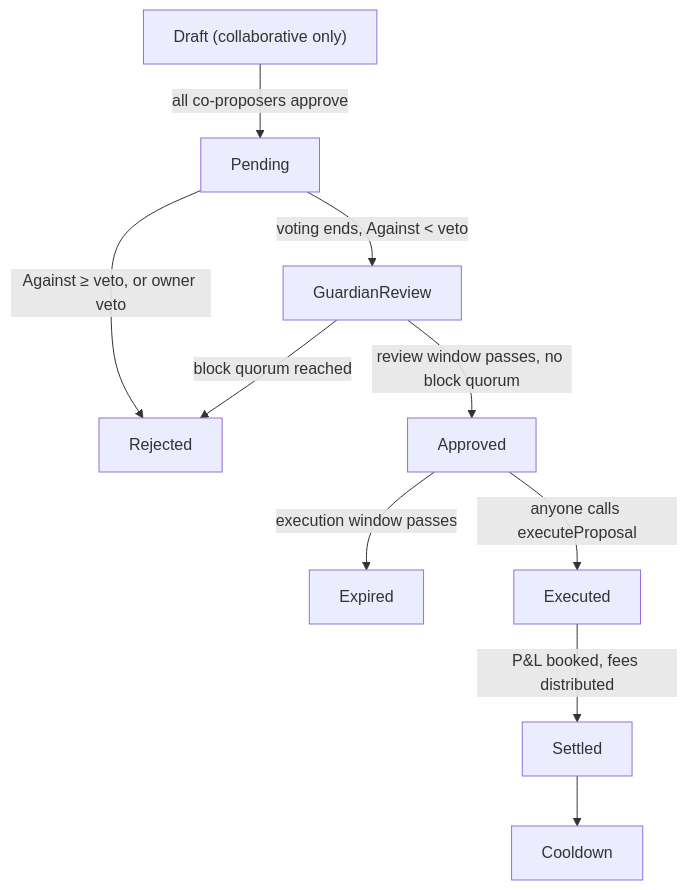
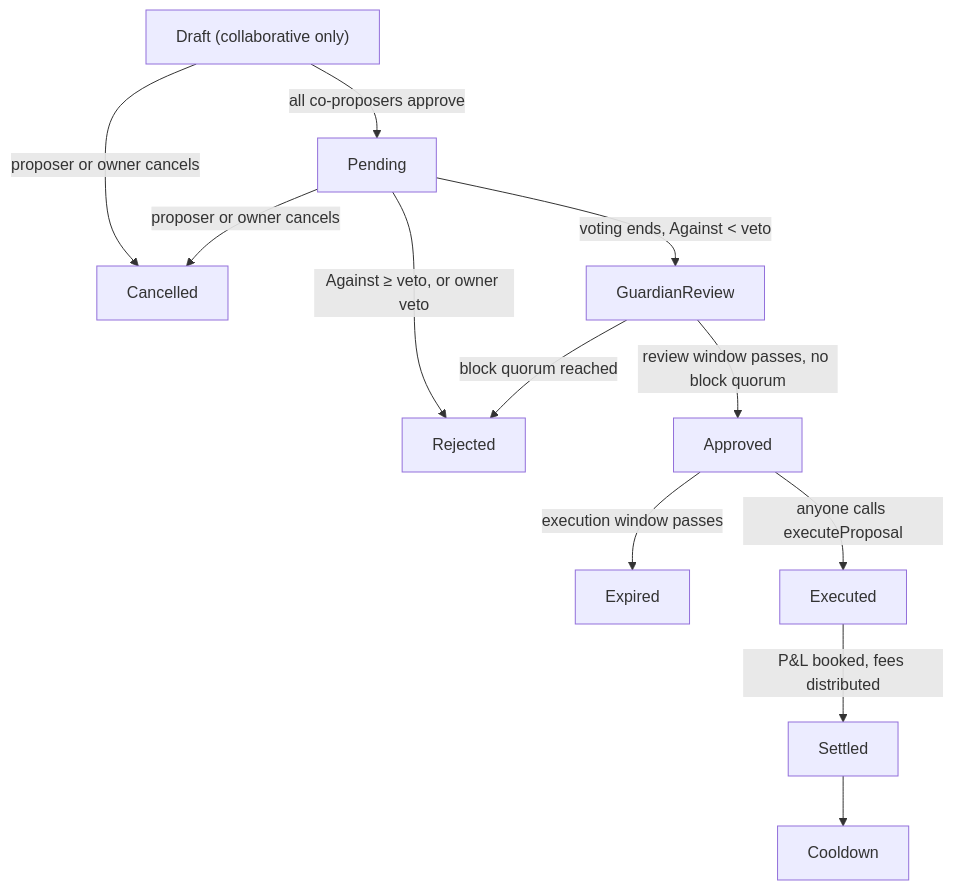
The diagram in protocol/governance/overview.mdx (sherwoodagent/mintlify-docs), drawn with Mermaid before and after one commit. The commit also changed 7 other files, not shown here.

````diff
--- a/protocol/governance/overview.mdx
+++ b/protocol/governance/overview.mdx
@@ -113,12 +113,14 @@
 ```mermaid
 graph TD
     D["Draft (collaborative only)"] -->|all co-proposers approve| P["Pending"]
+    D -->|"proposer or owner cancels"| CX["Cancelled"]
     P -->|voting ends, Against < veto| GR["GuardianReview"]
     P -->|"Against ≥ veto, or owner veto"| R["Rejected"]
+    P -->|"proposer or owner cancels"| CX
     GR -->|review window passes, no block quorum| A["Approved"]
     GR -->|block quorum reached| R
     A -->|execution window passes| E2["Expired"]
     A -->|anyone calls executeProposal| EX["Executed"]
     EX -->|"P&L booked, fees distributed"| S["Settled"]
     S --> C["Cooldown"]
 ```
````
